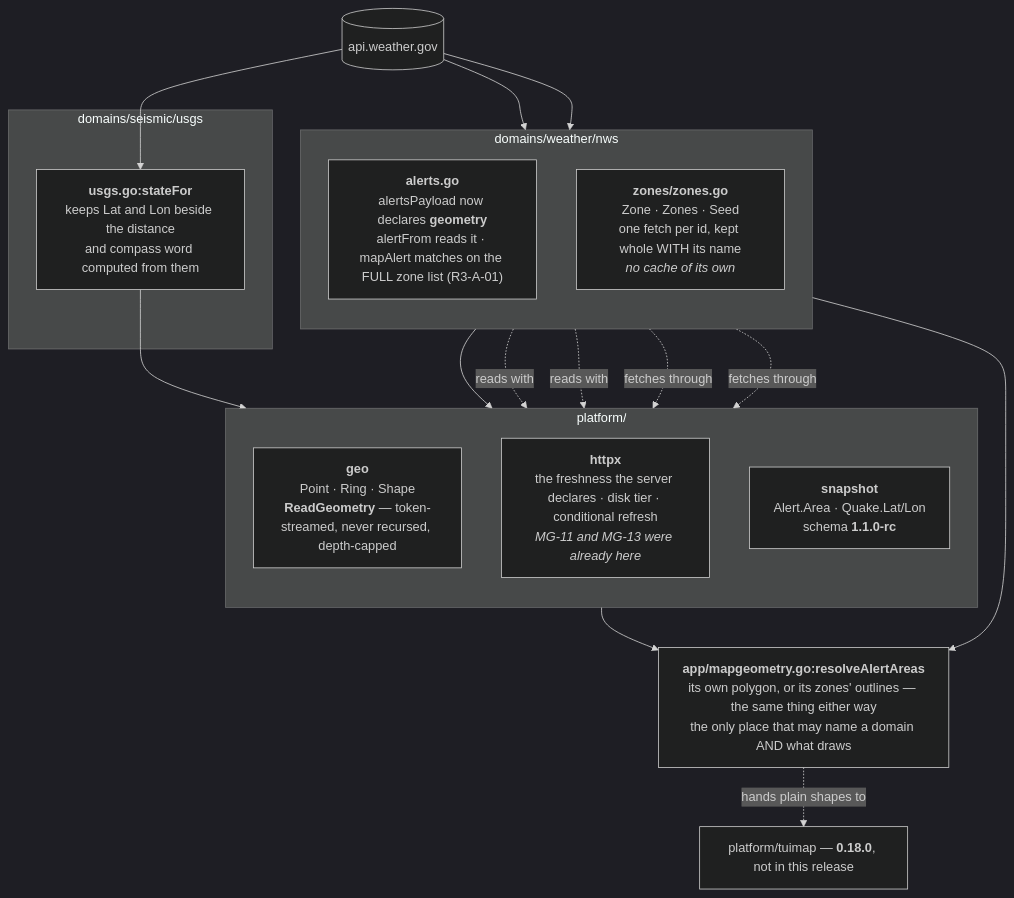
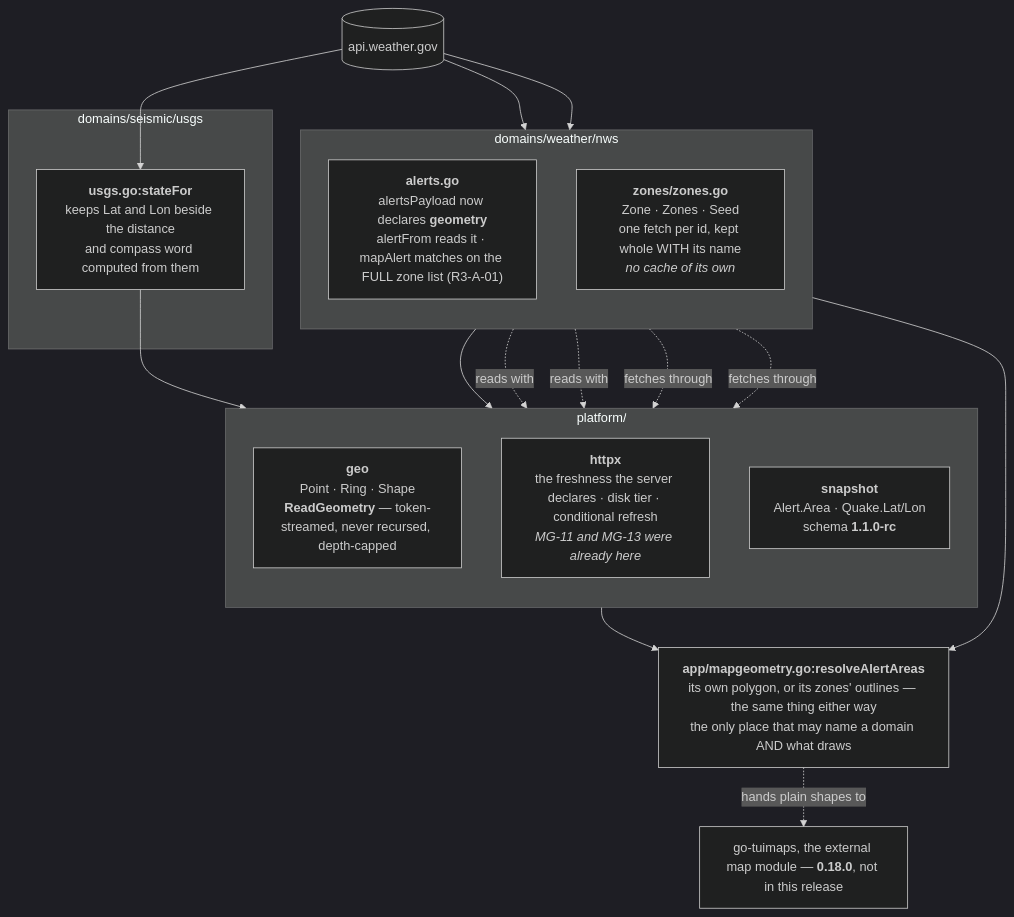
The first of 2 diagrams in 06_docs/02_features/map-ready-geometry/03-architecture-design/as-built.md (branden-thompson/watchpost), drawn with Mermaid (dark theme) before and after one commit. The commit also changed 709 other files, not shown here.

````diff
--- a/06_docs/02_features/map-ready-geometry/03-architecture-design/as-built.md
+++ b/06_docs/02_features/map-ready-geometry/03-architecture-design/as-built.md
@@ -16,35 +16,35 @@
 ```mermaid
 flowchart TB
     API[("api.weather.gov")]
 
     subgraph DOM["domains/weather/nws"]
       direction TB
       AL["<b>alerts.go</b><br/>alertsPayload now declares <b>geometry</b><br/>alertFrom reads it · mapAlert matches on the FULL zone list (R3-A-01)"]
       ZN["<b>zones/zones.go</b><br/>Zone · Zones · Seed<br/>one fetch per id, kept whole WITH its name<br/><i>no cache of its own</i>"]
     end
 
     subgraph SEIS["domains/seismic/usgs"]
       US["<b>usgs.go:stateFor</b><br/>keeps Lat and Lon beside the distance<br/>and compass word computed from them"]
     end
 
     subgraph PLAT["platform/"]
       direction TB
       GEO["<b>geo</b><br/>Point · Ring · Shape<br/><b>ReadGeometry</b> — token-streamed, never recursed, depth-capped"]
       HTTP["<b>httpx</b><br/>the freshness the server declares · disk tier · conditional refresh<br/><i>MG-11 and MG-13 were already here</i>"]
       SNAP["<b>snapshot</b><br/>Alert.Area · Quake.Lat/Lon<br/>schema <b>1.1.0-rc</b>"]
     end
 
     APP["<b>app/mapgeometry.go:resolveAlertAreas</b><br/>its own polygon, or its zones' outlines — the same thing either way<br/>the only place that may name a domain AND what draws"]
-    NEXT["platform/tuimap — <b>0.18.0</b>, not in this release"]
+    NEXT["go-tuimaps, the external map module — <b>0.18.0</b>, not in this release"]
 
     API --> AL --> SNAP
     API --> ZN
     API --> US --> SNAP
     AL -. "reads with" .-> GEO
     ZN -. "reads with" .-> GEO
     ZN -. "fetches through" .-> HTTP
     AL -. "fetches through" .-> HTTP
     SNAP --> APP
     ZN --> APP
     APP -. "hands plain shapes to" .-> NEXT
 ```
````
